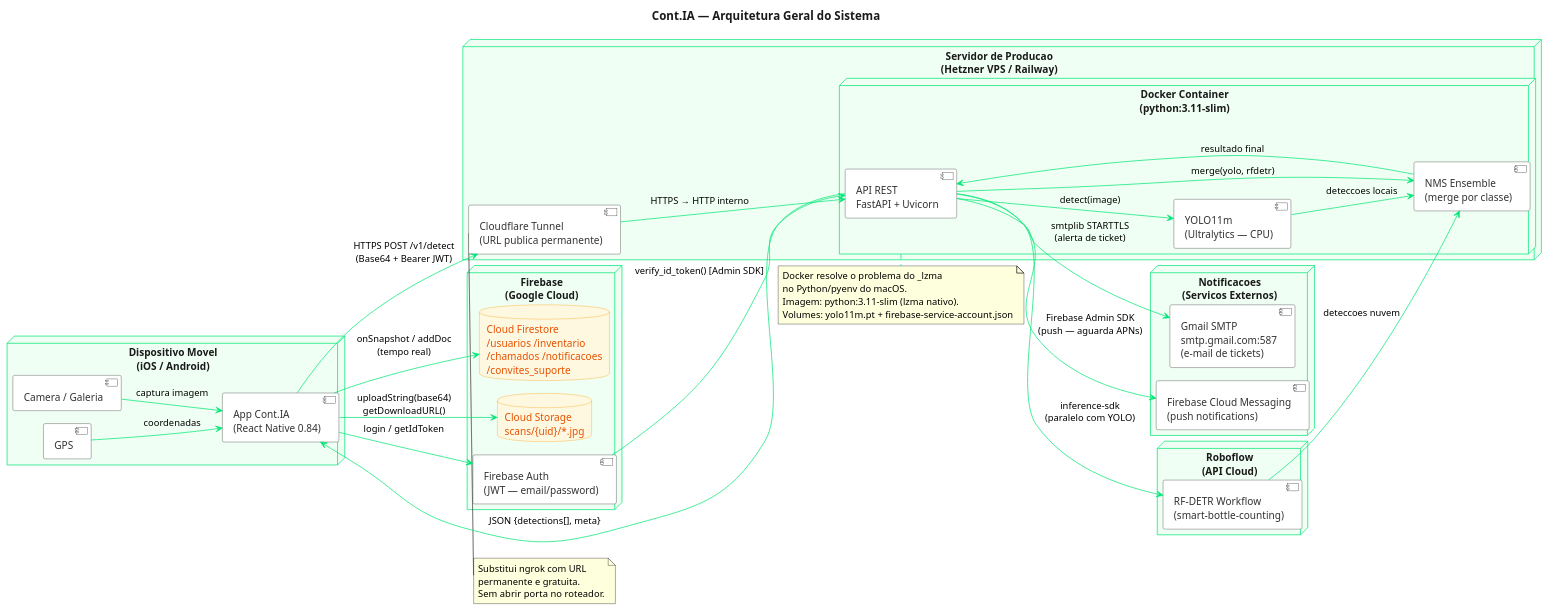
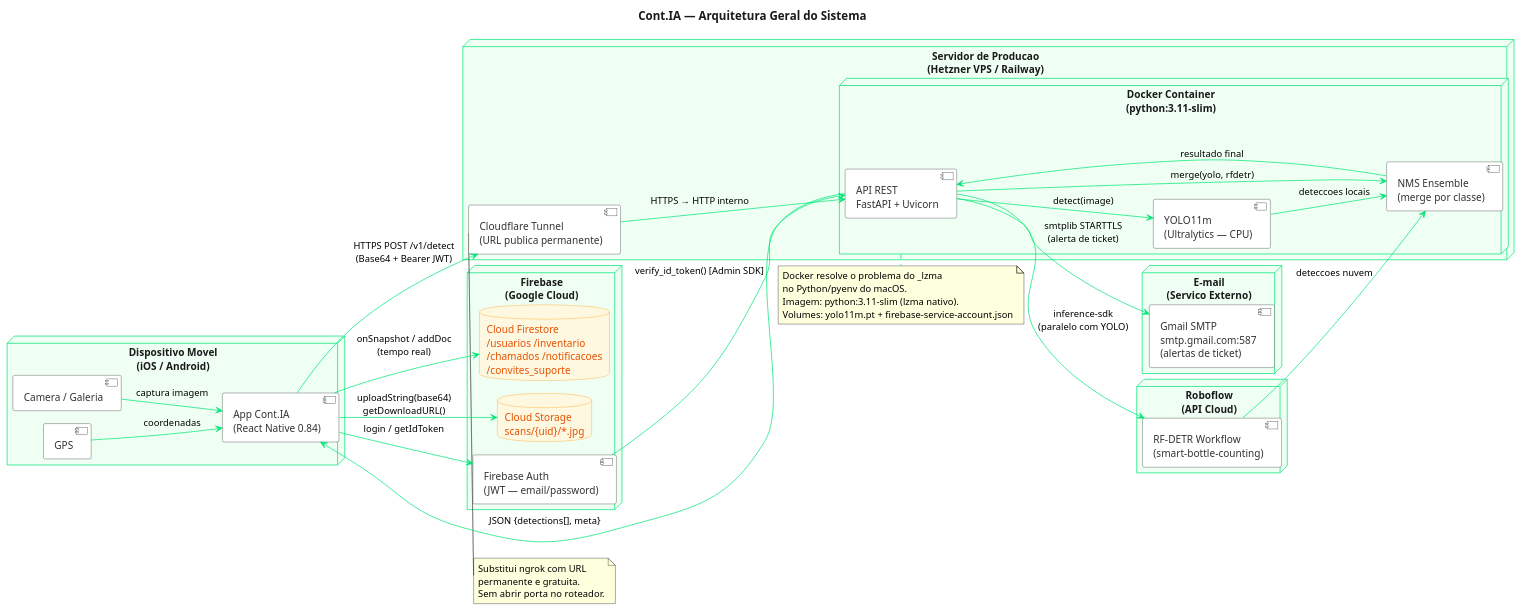
The diagram in docs/diagramas/07_arquitetura.puml (JuBertoldo/cont-ia), drawn with PlantUML before and after one commit.

Commit message:
docs: remover FCM do diagrama de arquitetura (stand-by sem APNs key)
Push notification via FCM nao esta ativo — requer Apple Developer
e chave APNs (em stand-by). So o e-mail (Gmail SMTP) esta operacional.
O sininho in-app usa Firestore diretamente, sem FCM.

```diff
--- a/docs/diagramas/07_arquitetura.puml
+++ b/docs/diagramas/07_arquitetura.puml
@@ -1,102 +1,100 @@
 @startuml 07_arquitetura
 !pragma layout smetana
 title Cont.IA — Arquitetura Geral do Sistema
 
 skinparam backgroundColor #FFFFFF
 skinparam nodeBackgroundColor #F0FFF4
 skinparam nodeBorderColor #00E676
 skinparam nodeFontColor #1A1A1A
 skinparam componentBackgroundColor #FFFFFF
 skinparam componentBorderColor #333333
 skinparam componentFontColor #333333
 skinparam arrowColor #00E676
 skinparam titleFontColor #1A1A1A
 skinparam titleFontSize 16
 skinparam databaseBackgroundColor #FFF8E1
 skinparam databaseBorderColor #F59E0B
 skinparam databaseFontColor #E65100
 
 left to right direction
 
 ' ── App Mobile ───────────────────────────────────────────────────────────────
 
 node "Dispositivo Movel\n(iOS / Android)" as MOBILE {
     component "App Cont.IA\n(React Native 0.84)" as APP
     component "Camera / Galeria" as CAM
     component "GPS" as GPS
     CAM --> APP : captura imagem
     GPS --> APP : coordenadas
 }
 
 ' ── Infraestrutura do Backend ────────────────────────────────────────────────
 
 node "Servidor de Producao\n(Hetzner VPS / Railway)" as SERVER {
 
     node "Docker Container\n(python:3.11-slim)" as DOCKER {
         component "API REST\nFastAPI + Uvicorn" as API
         component "YOLO11m\n(Ultralytics — CPU)" as YOLO
         component "NMS Ensemble\n(merge por classe)" as NMS
 
         API --> YOLO : detect(image)
         API --> NMS : merge(yolo, rfdetr)
         YOLO --> NMS : deteccoes locais
     }
 
     component "Cloudflare Tunnel\n(URL publica permanente)" as TUNNEL
     TUNNEL --> API : HTTPS → HTTP interno
 }
 
 ' ── Servicos de Notificacao (externos, acionados pelo backend) ───────────────
 
-node "Notificacoes\n(Servicos Externos)" as NOTIF {
-    component "Gmail SMTP\nsmtp.gmail.com:587\n(e-mail de tickets)" as GMAIL
-    component "Firebase Cloud Messaging\n(push notifications)" as FCM
+node "E-mail\n(Servico Externo)" as NOTIF {
+    component "Gmail SMTP\nsmtp.gmail.com:587\n(alertas de ticket)" as GMAIL
 }
 
 ' ── Roboflow (API externa) ───────────────────────────────────────────────────
 
 node "Roboflow\n(API Cloud)" as ROBOFLOW {
     component "RF-DETR Workflow\n(smart-bottle-counting)" as RFDETR
 }
 
 ' ── Firebase (Google Cloud) ──────────────────────────────────────────────────
 
 node "Firebase\n(Google Cloud)" as FIREBASE {
     database "Cloud Firestore\n/usuarios /inventario\n/chamados /notificacoes\n/convites_suporte" as FS
     database "Cloud Storage\nscans/{uid}/*.jpg" as STORAGE
     component "Firebase Auth\n(JWT — email/password)" as AUTH
 }
 
 ' ── Conexoes ─────────────────────────────────────────────────────────────────
 
 APP --> TUNNEL : HTTPS POST /v1/detect\n(Base64 + Bearer JWT)
 API --> RFDETR : inference-sdk\n(paralelo com YOLO)
 RFDETR --> NMS : deteccoes nuvem
 NMS --> API : resultado final
 API --> APP : JSON {detections[], meta}
 
 APP --> AUTH : login / getIdToken
 AUTH --> API : verify_id_token() [Admin SDK]
 
 API --> GMAIL : smtplib STARTTLS\n(alerta de ticket)
-API --> FCM : Firebase Admin SDK\n(push — aguarda APNs)
 
 APP --> FS : onSnapshot / addDoc\n(tempo real)
 APP --> STORAGE : uploadString(base64)\ngetDownloadURL()
 
 ' ── Nota ─────────────────────────────────────────────────────────────────────
 
 note bottom of DOCKER
   Docker resolve o problema do _lzma
   no Python/pyenv do macOS.
   Imagem: python:3.11-slim (lzma nativo).
   Volumes: yolo11m.pt + firebase-service-account.json
 end note
 
 note bottom of TUNNEL
   Substitui ngrok com URL
   permanente e gratuita.
   Sem abrir porta no roteador.
 end note
 
 @enduml
```
